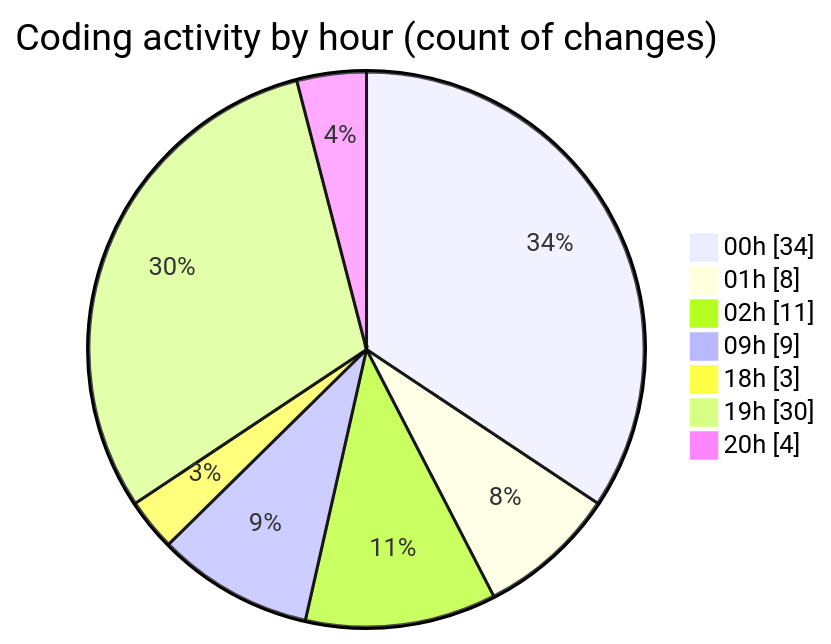
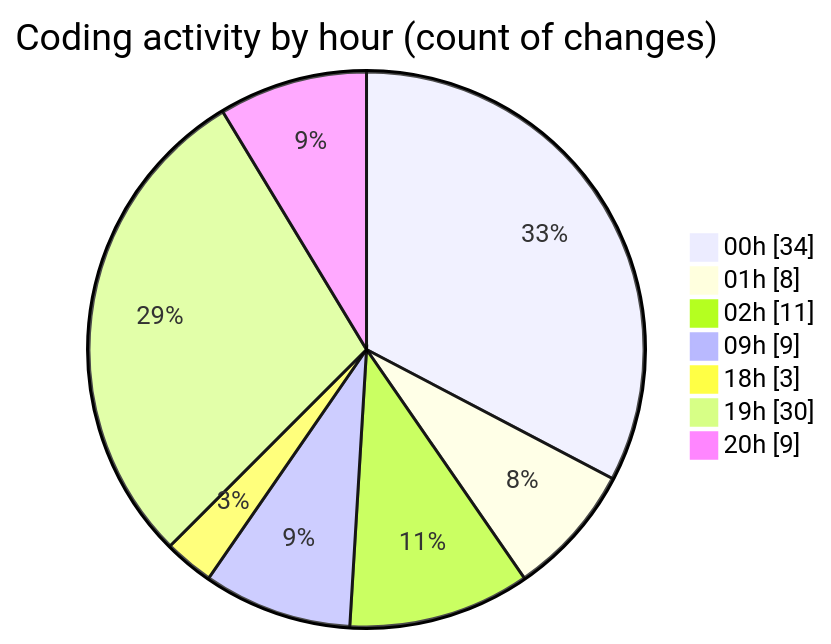
Before and after one commit to Elitesun/code-tracking: the second of 2 diagrams in 2025-05-18/niten/README.md, drawn with Mermaid. The commit also changed other lines of this file and 1 other file, not shown here.

````diff
--- a/2025-05-18/niten/README.md
+++ b/2025-05-18/niten/README.md
@@ -60,11 +66,11 @@
 ```mermaid
 pie showData
 title Coding activity by hour (count of changes)
 "00h" : 34
 "01h" : 8
 "02h" : 11
 "09h" : 9
 "18h" : 3
 "19h" : 30
-"20h" : 4
+"20h" : 9
 ```
````
